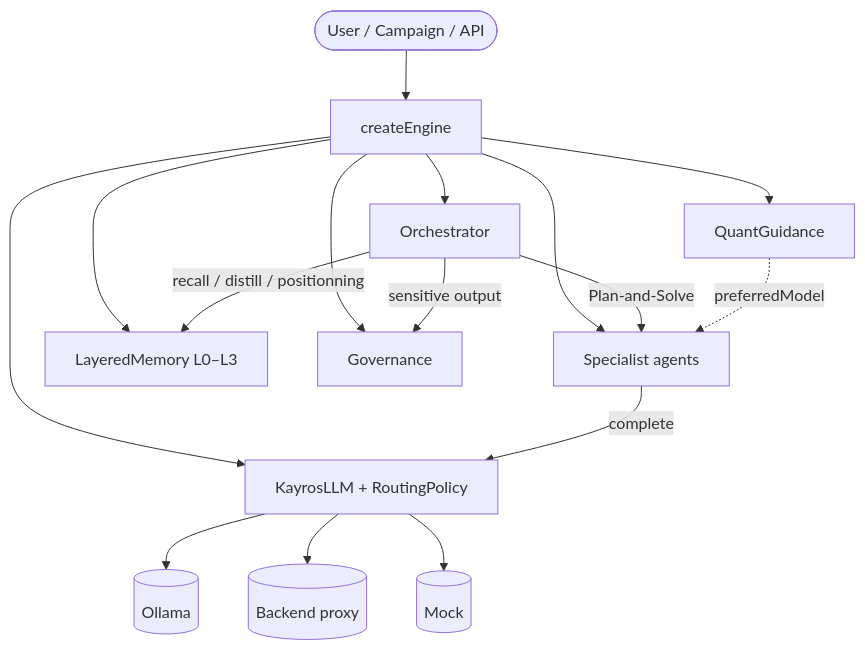
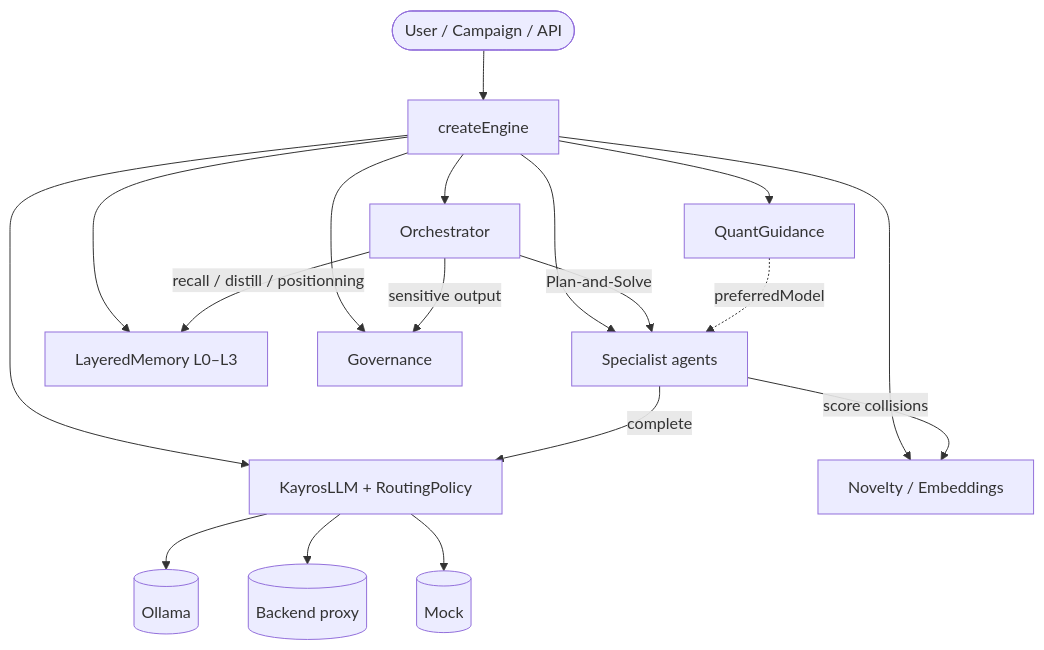
One commit to Geoking2104/KayrosLab changed the third of 4 diagrams in README.md. Above: the diagram before and after it, drawn with Mermaid. The commit also changed other lines of this file, not shown here.

Commit message:
docs: update README for novelty ranking, Kayros Signature, hardened deploy and v15

````diff
--- a/README.md
+++ b/README.md
@@ -218,20 +254,22 @@
 ```mermaid
 flowchart TB
   USER([User / Campaign / API]) --> ENG[createEngine]
   ENG --> ORCH[Orchestrator]
   ENG --> AGENTS[Specialist agents]
   ENG --> MEM[LayeredMemory L0–L3]
   ENG --> LLM[KayrosLLM + RoutingPolicy]
   ENG --> GOV[Governance]
   ENG --> QG[QuantGuidance]
+  ENG --> NOV[Novelty / Embeddings]
 
   ORCH -->|Plan-and-Solve| AGENTS
   ORCH -->|recall / distill / positionning| MEM
   AGENTS -->|complete| LLM
+  AGENTS -->|score collisions| NOV
   ORCH -->|sensitive output| GOV
   QG -.->|preferredModel| AGENTS
 
   LLM --> P1[(Ollama)]
   LLM --> P2[(Backend proxy)]
   LLM --> P3[(Mock)]
 ```
````
